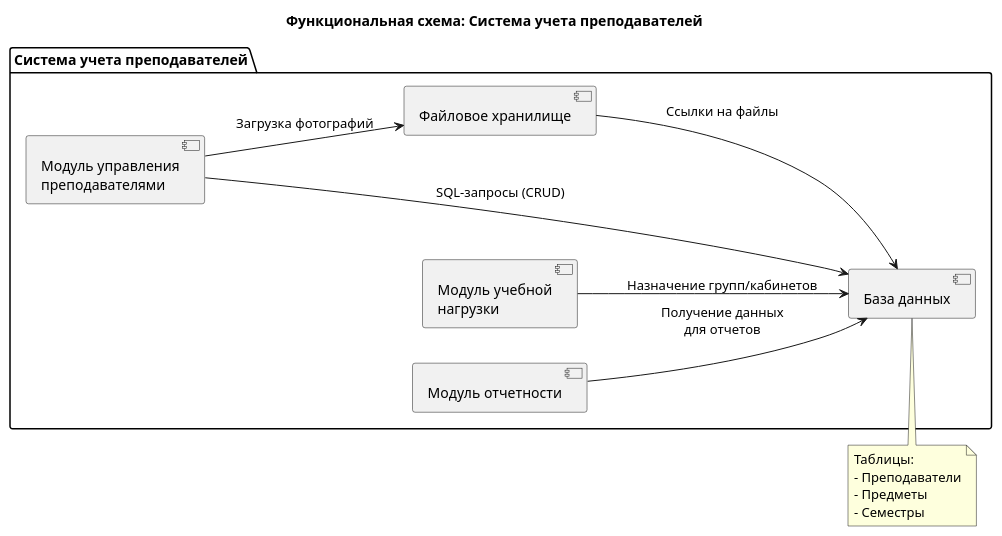
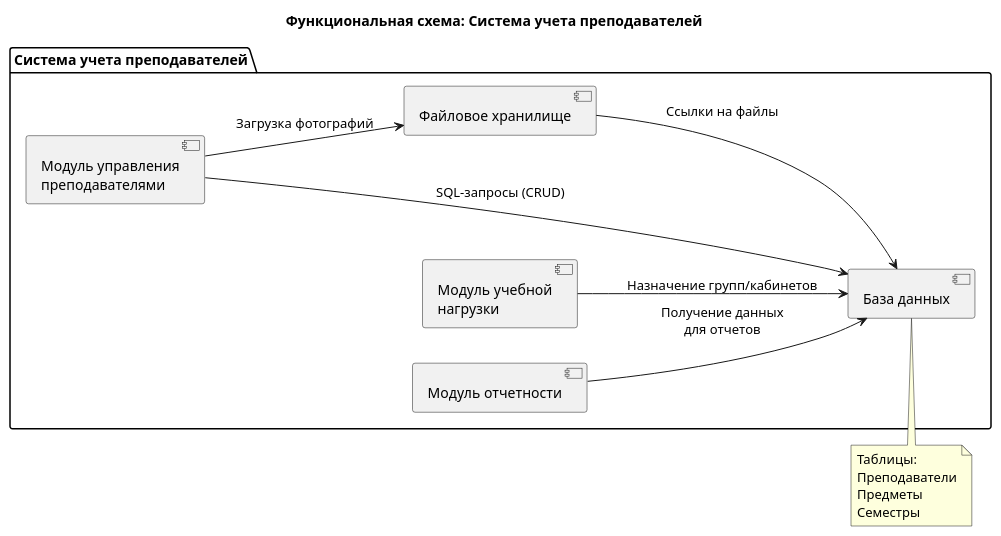
One commit to vin327/a changed the second of 7 diagrams in README.md. Above: the diagram before and after it, drawn with PlantUML. The commit also changed other lines of this file, not shown here.

````diff
--- a/README.md
+++ b/README.md
@@ -781,27 +1050,27 @@
 ```plantuml
 @startuml
 title Функциональная схема: Система учета преподавателей
 left to right direction
 
 package "Система учета преподавателей" {
-  [Модуль управления\nпреподавателями] as teachers
-  [Модуль учебной\nнагрузки] as workload
-  [Модуль отчетности] as reports
-  [Файловое хранилище] as storage
-  [База данных] as database
+    [Модуль управления\nпреподавателями] as teachers
+    [Модуль учебной\nнагрузки] as workload
+    [Модуль отчетности] as reports
+    [Файловое хранилище] as storage
+    [База данных] as database
 }
 
 teachers --> database : "SQL-запросы (CRUD)"
 workload --> database : "Назначение групп/кабинетов"
 reports --> database : "Получение данных\nдля отчетов"
 teachers --> storage : "Загрузка фотографий"
 storage --> database : "Ссылки на файлы"
 
 note top of database
 Таблицы:
-- Преподаватели
-- Предметы
-- Семестры
+Преподаватели
+Предметы
+Семестры
 end note
 @enduml
 ```
````
